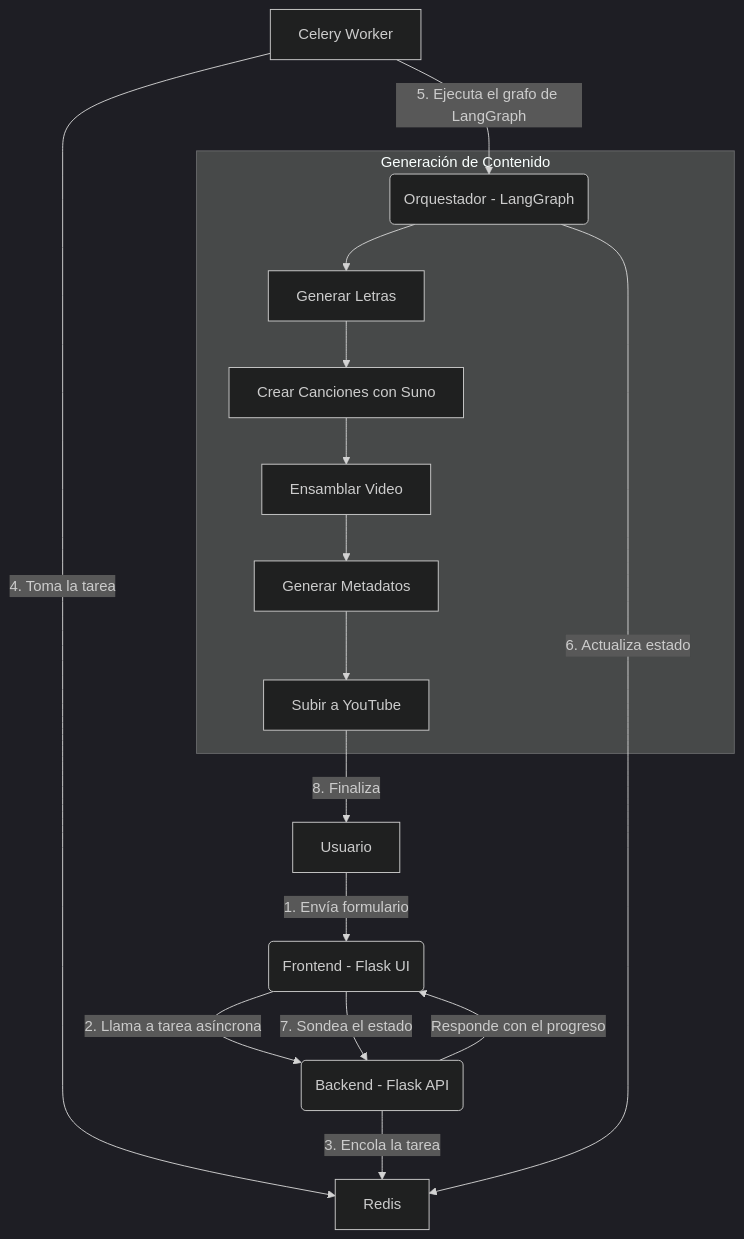
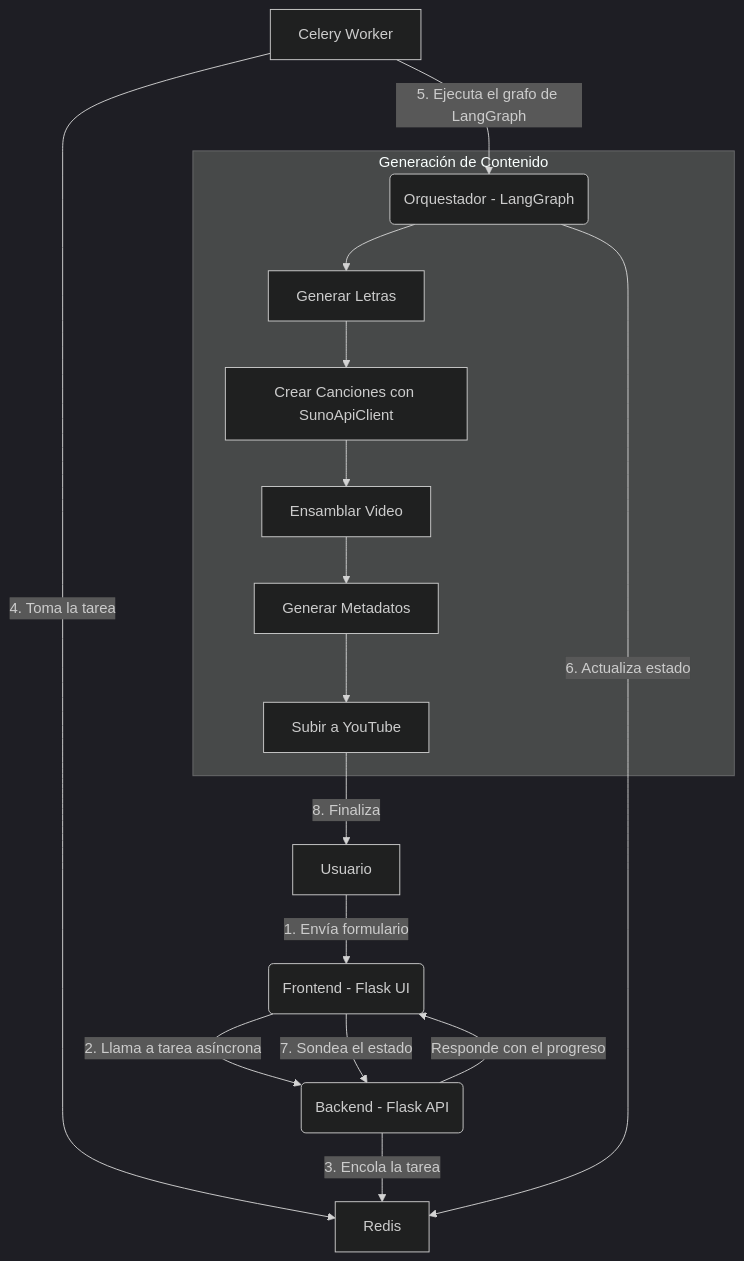
The diagram in README.md (dark-yx/yt-video-auto), drawn with Mermaid (dark theme) before and after one commit. The commit also changed other lines of this file and 18 other files, not shown here.

First line of the commit message:
feat: Integrate advanced Suno API client and features

````diff
--- a/README.md
+++ b/README.md
@@ -9,21 +9,21 @@
 ```mermaid
 graph TD
     A[Usuario] -->|1. Envía formulario| B(Frontend - Flask UI);
     B -->|2. Llama a tarea asíncrona| C(Backend - Flask API);
     C -->|3. Encola la tarea| D[Redis];
     E[Celery Worker] -->|4. Toma la tarea| D;
     E -->|5. Ejecuta el grafo de LangGraph| F(Orquestador - LangGraph);
 
     subgraph "Generación de Contenido"
         F --> G[Generar Letras];
-        G --> H[Crear Canciones con Suno];
+        G --> H[Crear Canciones con SunoApiClient];
         H --> I[Ensamblar Video];
         I --> J[Generar Metadatos];
         J --> K[Subir a YouTube];
     end
 
     F -->|6. Actualiza estado| D;
     B -->|7. Sondea el estado| C;
     C -->|Responde con el progreso| B;
     K -->|8. Finaliza| A;
 ```
````
